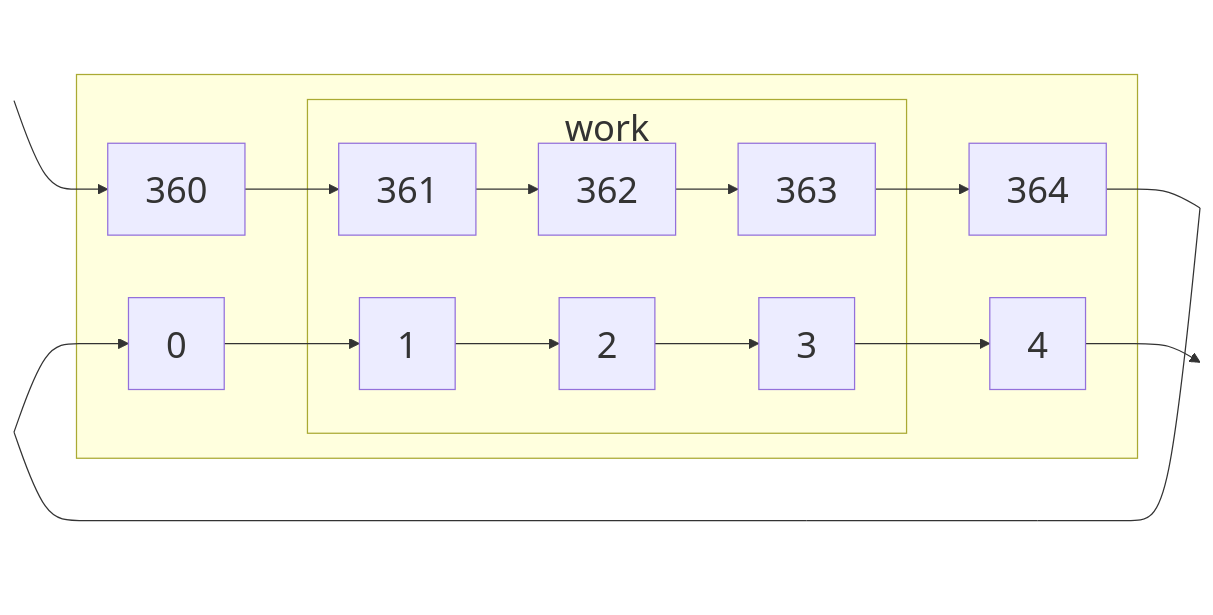
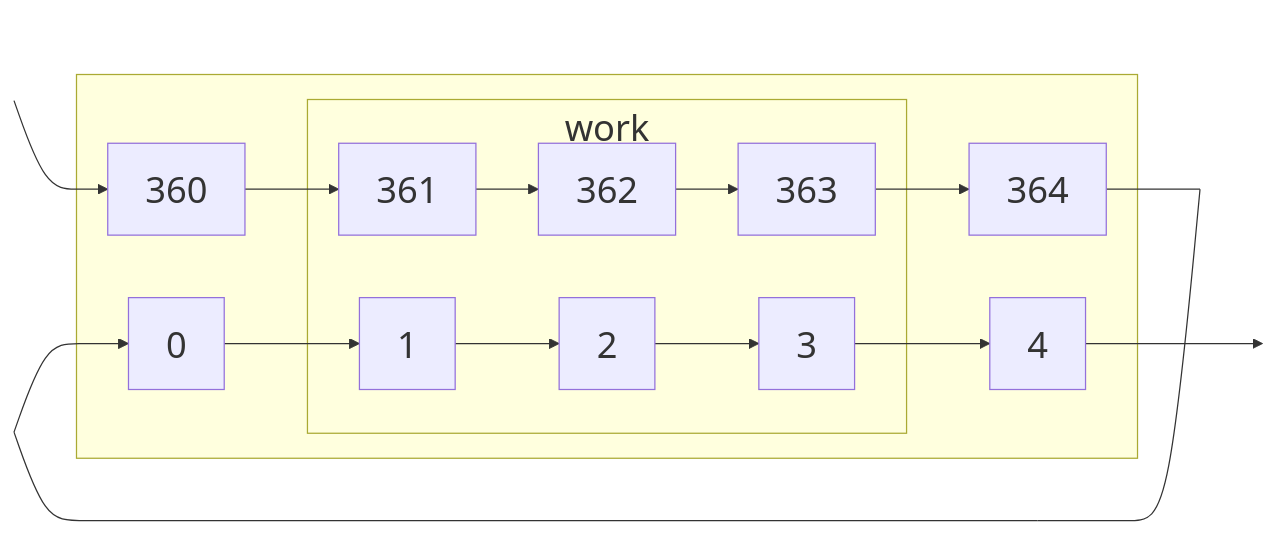
The second of 5 diagrams in dec/date/index.qmd (maptv/maptv.github.io), drawn with Mermaid before and after one commit. The commit also changed other lines of this file and 1 other file, not shown here.

Commit message:
Changed files: dec/date/index.qmd git/index_files/figure-commonmark/mermaid-figure-2.png

````diff
--- a/dec/date/index.qmd
+++ b/dec/date/index.qmd
@@ -212,29 +212,26 @@
 ```{mermaid}
-%%| label: zerobasedeoy
+%%| label: zerobasedcommon
 %%{init: {'theme': 'default', 'themeVariables': { 'fontSize': '29px'}}}%%
 flowchart LR
-  N[ ]:::empty
-  W~~~M[ ]:::empty
-  N~~~O[ ]:::empty
+  W~~~~O[ ]:::empty
   W[ ]:::empty-->A[360]-->B[361]-->C[362]-->D[363]-->E[364]---L[ ]:::empty
-  Y[ ]:::empty-->F[0]-->G[1]-->H[2]-->I[3]-->J[4]-->K[ ]:::empty
+  Y[ ]:::empty-->F[0]-->G[1]-->H[2]-->I[3]-->J[4]--->K[ ]:::empty
   Q[ ]:::empty---L
-  P[ ]:::empty---Q
-  Y---P
+  Y---Q
   subgraph workdays[work]
   B
   C
   G
   H
   D
   I
   end
   subgraph restdays[ ]
   A
   F
   E
   J
   workdays
   end
   classDef empty width:0px;
 ```
````
